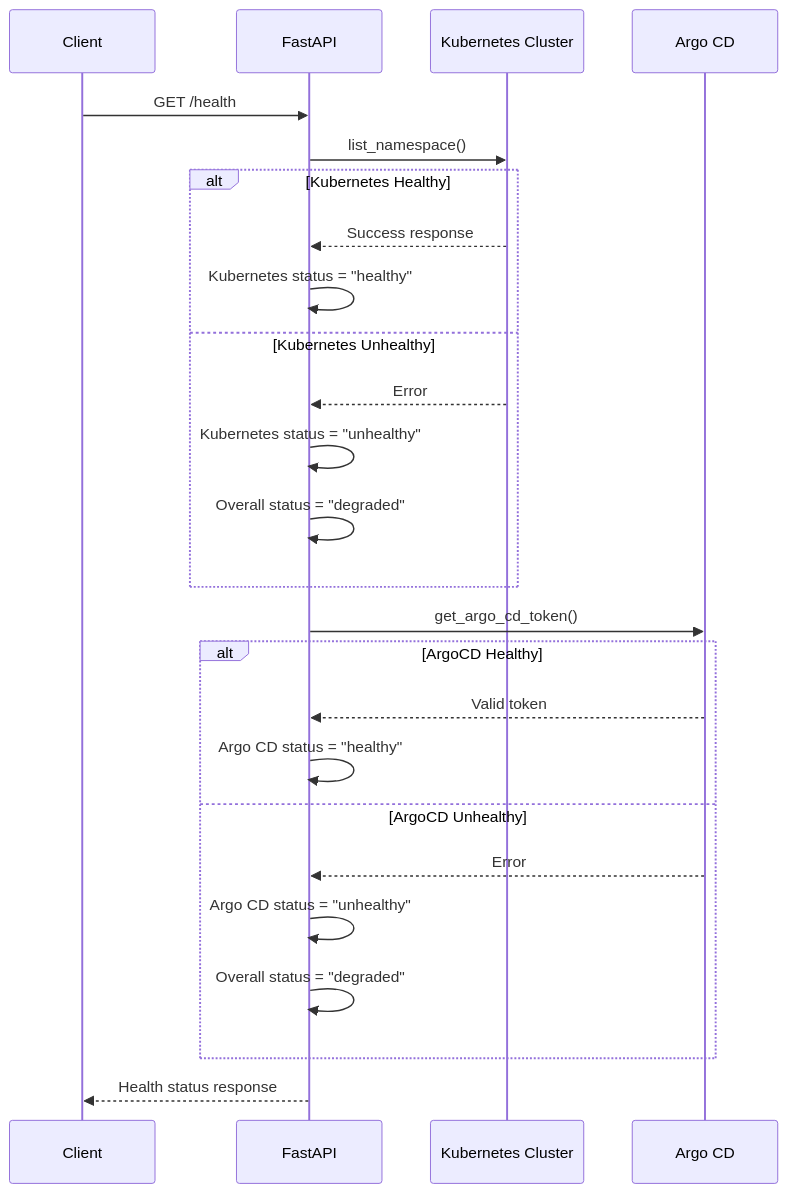
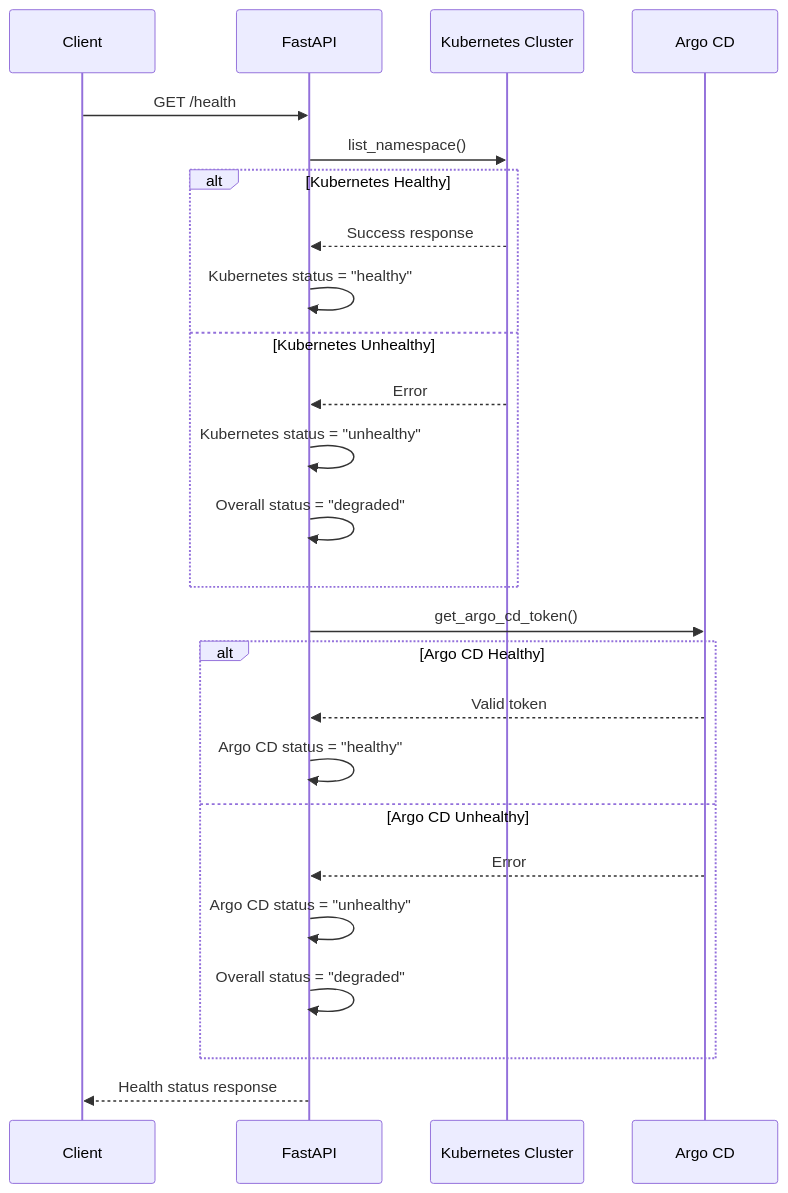
One commit to lloydchang/tvp-k8s changed the diagram in fastapi/mermaid/health-check-sequence.mermaid. Above: the diagram before and after it, drawn with Mermaid. The commit also changed 1 other file, not shown here.

```diff
--- a/fastapi/mermaid/health-check-sequence.mermaid
+++ b/fastapi/mermaid/health-check-sequence.mermaid
@@ -1,29 +1,29 @@
 sequenceDiagram
     participant Client
     participant FastAPI
     participant Kubernetes as Kubernetes Cluster
     participant ArgoCD as Argo CD
     
     Client->>FastAPI: GET /health
     
     FastAPI->>Kubernetes: list_namespace()
     alt Kubernetes Healthy
         Kubernetes-->>FastAPI: Success response
         FastAPI->>FastAPI: Kubernetes status = "healthy"
     else Kubernetes Unhealthy
         Kubernetes-->>FastAPI: Error
         FastAPI->>FastAPI: Kubernetes status = "unhealthy"
         FastAPI->>FastAPI: Overall status = "degraded"
     end
     
     FastAPI->>ArgoCD: get_argo_cd_token()
-    alt ArgoCD Healthy
+    alt Argo CD Healthy
         ArgoCD-->>FastAPI: Valid token
         FastAPI->>FastAPI: Argo CD status = "healthy"
-    else ArgoCD Unhealthy
+    else Argo CD Unhealthy
         ArgoCD-->>FastAPI: Error
         FastAPI->>FastAPI: Argo  CD status = "unhealthy"
         FastAPI->>FastAPI: Overall status = "degraded"
     end
     
     FastAPI-->>Client: Health status response
```
